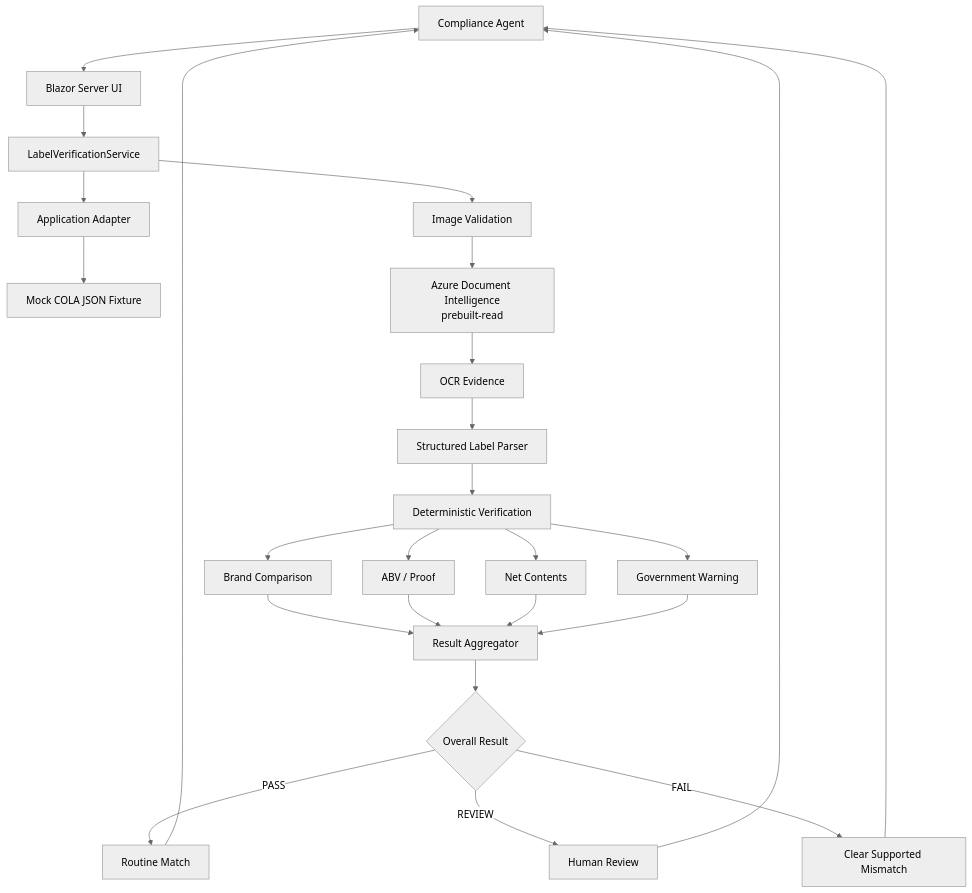
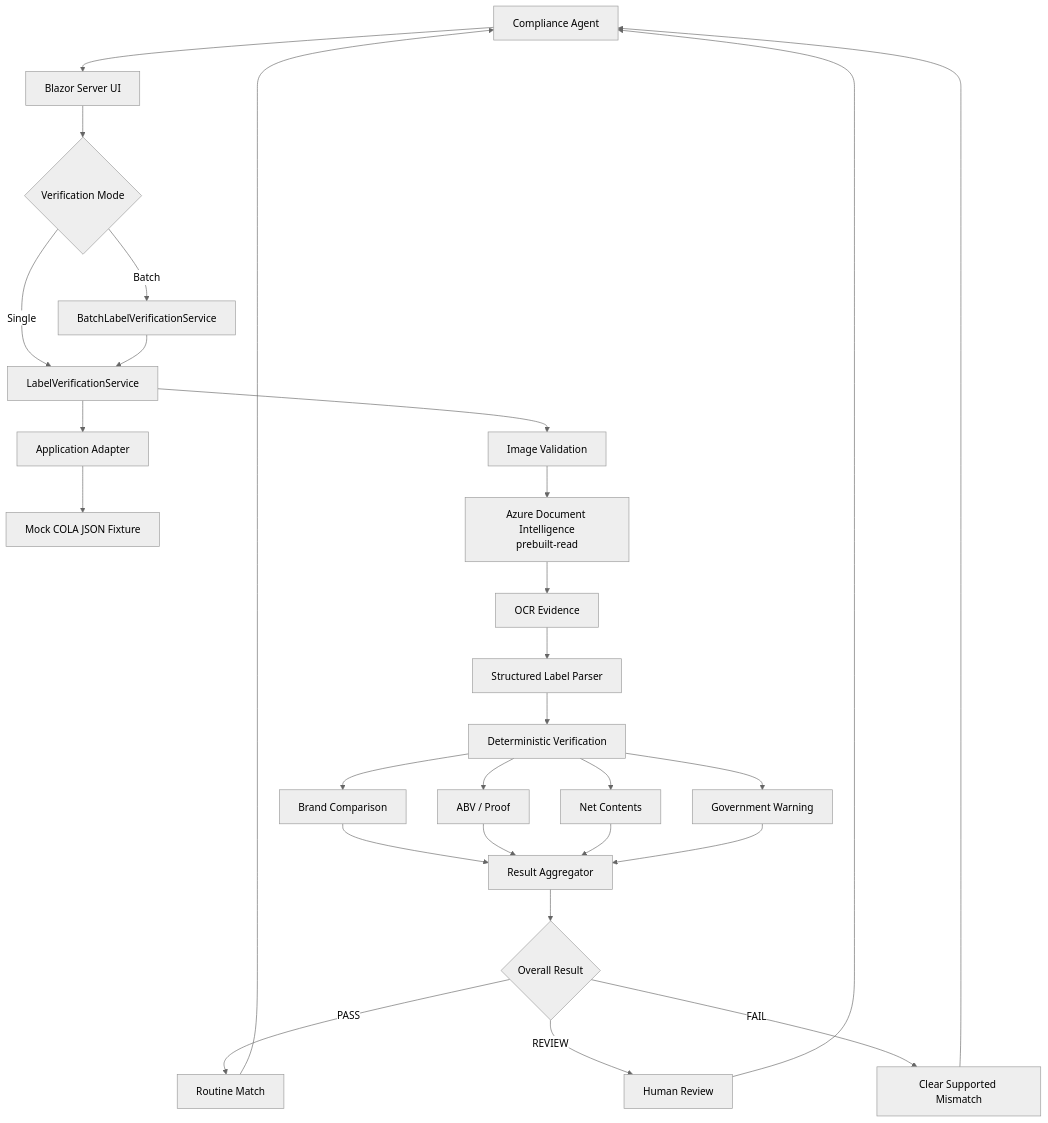
The first of 4 diagrams in README.md (rawamba/ttb-ai-label-verification), drawn with Mermaid (neutral theme) before and after one commit. The commit also changed other lines of this file and 26 other files, not shown here.

Commit message:
feat: add bounded batch label verification AB#258 (#27)

````diff
--- a/README.md
+++ b/README.md
@@ -133,37 +164,42 @@
 ```mermaid
 flowchart TD
     A[Compliance Agent] --> B[Blazor Server UI]
 
-    B --> C[LabelVerificationService]
+    B --> M{Verification Mode}
+
+    M -->|Single| C[LabelVerificationService]
+    M -->|Batch| BA[BatchLabelVerificationService]
+
+    BA --> C
 
     C --> D[Application Adapter]
     D --> E[Mock COLA JSON Fixture]
 
     C --> F[Image Validation]
     F --> G[Azure Document Intelligence<br/>prebuilt-read]
 
     G --> H[OCR Evidence]
     H --> I[Structured Label Parser]
 
     I --> J[Deterministic Verification]
 
     J --> K[Brand Comparison]
     J --> L[ABV / Proof]
-    J --> M[Net Contents]
-    J --> N[Government Warning]
+    J --> N[Net Contents]
+    J --> O[Government Warning]
 
-    K --> O[Result Aggregator]
-    L --> O
-    M --> O
-    N --> O
+    K --> P[Result Aggregator]
+    L --> P
+    N --> P
+    O --> P
 
-    O --> P{Overall Result}
+    P --> Q{Overall Result}
 
-    P -->|PASS| Q[Routine Match]
-    P -->|REVIEW| R[Human Review]
-    P -->|FAIL| S[Clear Supported Mismatch]
+    Q -->|PASS| R[Routine Match]
+    Q -->|REVIEW| S[Human Review]
+    Q -->|FAIL| T[Clear Supported Mismatch]
 
-    Q --> A
     R --> A
     S --> A
+    T --> A
 ```
````
